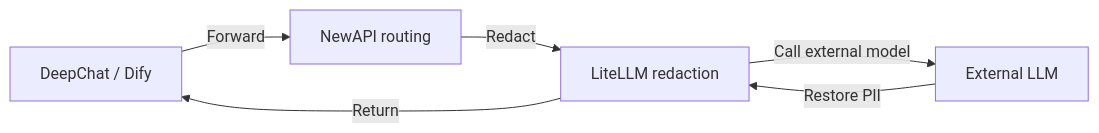
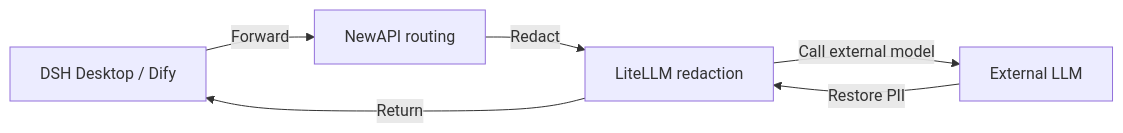
Before and after one commit to sdlyxianchao/AIAllInOne: the diagram in docs/admin-manual/ch01-overview.md, drawn with Mermaid. The commit also changed other lines of this file and 306 other files, not shown here.

````diff
--- a/docs/admin-manual/ch01-overview.md
+++ b/docs/admin-manual/ch01-overview.md
@@ -71,8 +71,8 @@
 ```mermaid
 flowchart LR
-    A[DeepChat / Dify] -->|Forward| B[NewAPI routing]
+    A[DSH Desktop / Dify] -->|Forward| B[NewAPI routing]
     B -->|Redact| C[LiteLLM redaction]
     C -->|Call external model| D[External LLM]
     D -->|Restore PII| C
     C -->|Return| A
 ```
````
